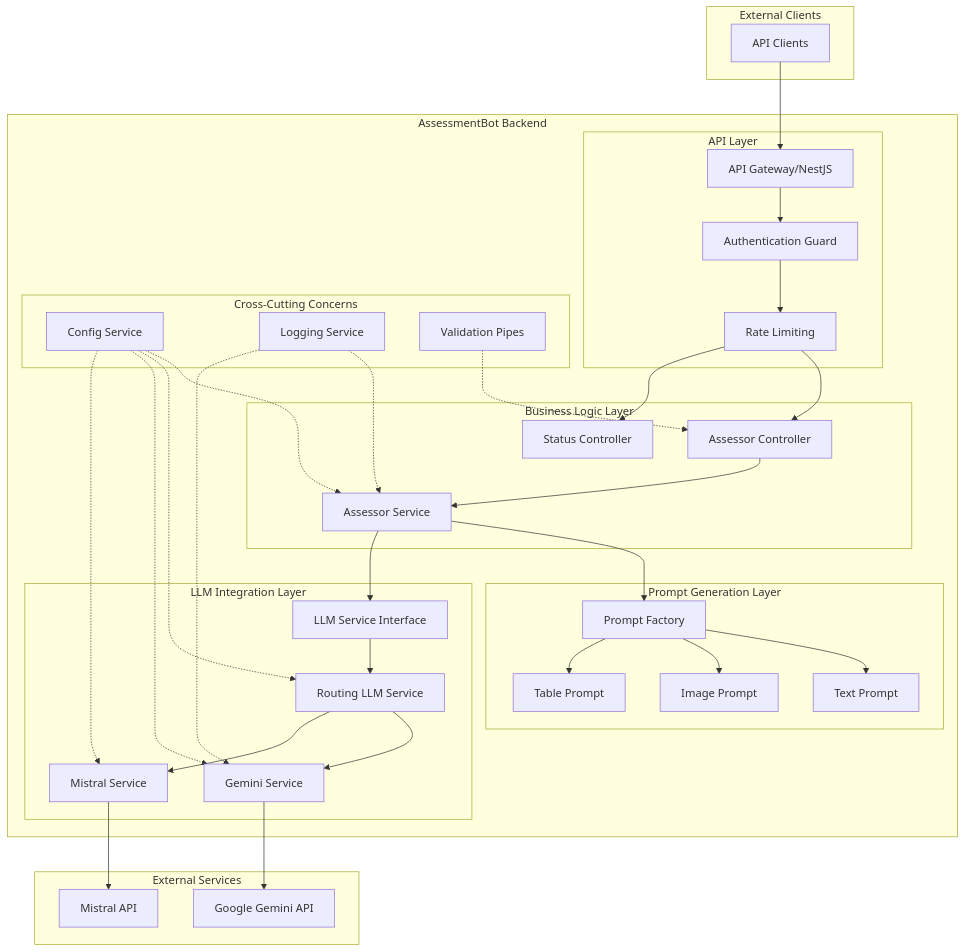
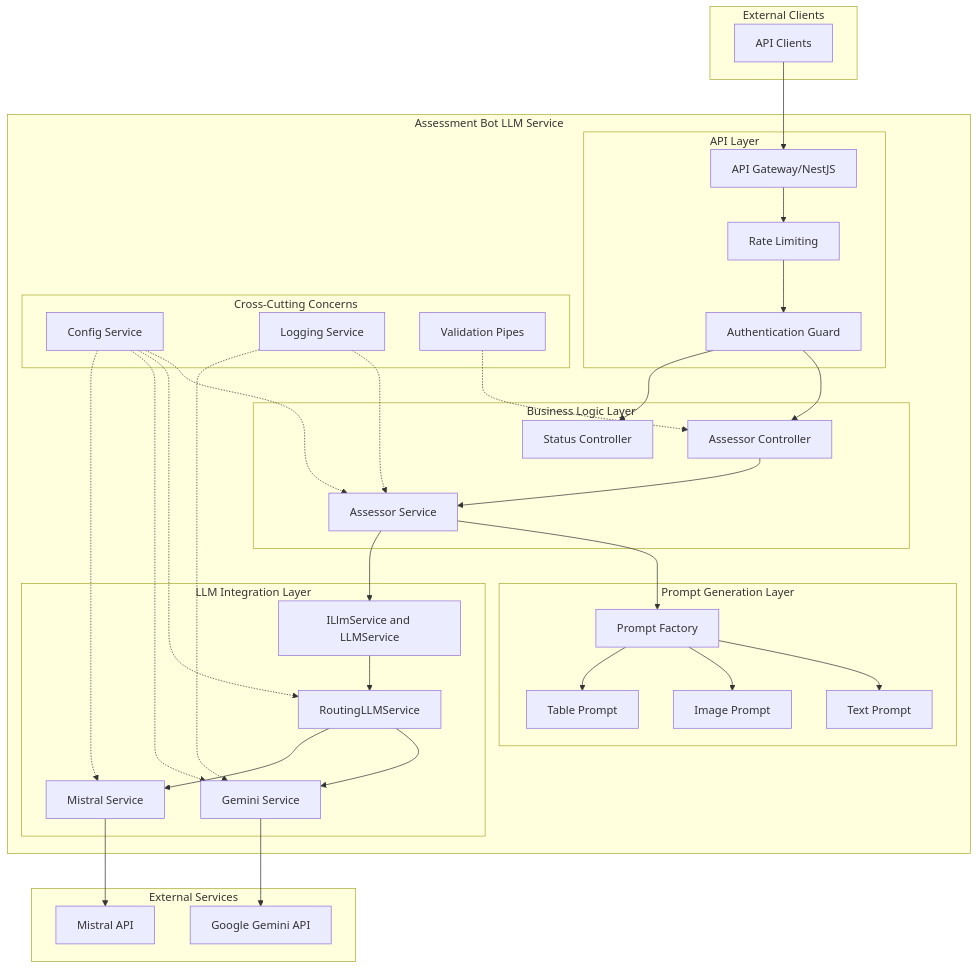
One commit to h-arnold/AssessmentBot-LLM-Service changed the diagram in docs/architecture/overview.md. Above: the diagram before and after it, drawn with Mermaid. The commit also changed other lines of this file and 48 other files, not shown here.

````diff
--- a/docs/architecture/overview.md
+++ b/docs/architecture/overview.md
@@ -7,70 +7,70 @@
 ```mermaid
 graph TB
     subgraph "External Clients"
         C[API Clients]
     end
 
-    subgraph "AssessmentBot Backend"
+    subgraph "Assessment Bot LLM Service"
         subgraph "API Layer"
             GW[API Gateway/NestJS]
             AUTH[Authentication Guard]
             THROTTLE[Rate Limiting]
         end
 
         subgraph "Business Logic Layer"
             AC[Assessor Controller]
             AS[Assessor Service]
             SC[Status Controller]
         end
 
         subgraph "Prompt Generation Layer"
             PF[Prompt Factory]
             TP[Text Prompt]
             IP[Image Prompt]
             TAP[Table Prompt]
         end
 
         subgraph "LLM Integration Layer"
-            LLMS[LLM Service Interface]
-            ROUTER[Routing LLM Service]
+            LLMS[ILlmService and LLMService]
+            ROUTER[RoutingLLMService]
             GS[Gemini Service]
             MS[Mistral Service]
         end
 
         subgraph "Cross-Cutting Concerns"
             CONFIG[Config Service]
             LOG[Logging Service]
             VALID[Validation Pipes]
         end
     end
 
     subgraph "External Services"
         GEMINI[Google Gemini API]
         MISTRAL[Mistral API]
     end
 
     C --> GW
-    GW --> AUTH
-    AUTH --> THROTTLE
-    THROTTLE --> AC
-    THROTTLE --> SC
+    GW --> THROTTLE
+    THROTTLE --> AUTH
+    AUTH --> AC
+    AUTH --> SC
     AC --> AS
     AS --> PF
     PF --> TP
     PF --> IP
     PF --> TAP
     AS --> LLMS
     LLMS --> ROUTER
     ROUTER --> GS
     ROUTER --> MS
     GS --> GEMINI
     MS --> MISTRAL
 
     CONFIG -.-> AS
     CONFIG -.-> ROUTER
     CONFIG -.-> GS
     CONFIG -.-> MS
     LOG -.-> AS
     LOG -.-> GS
     VALID -.-> AC
 ```
````
